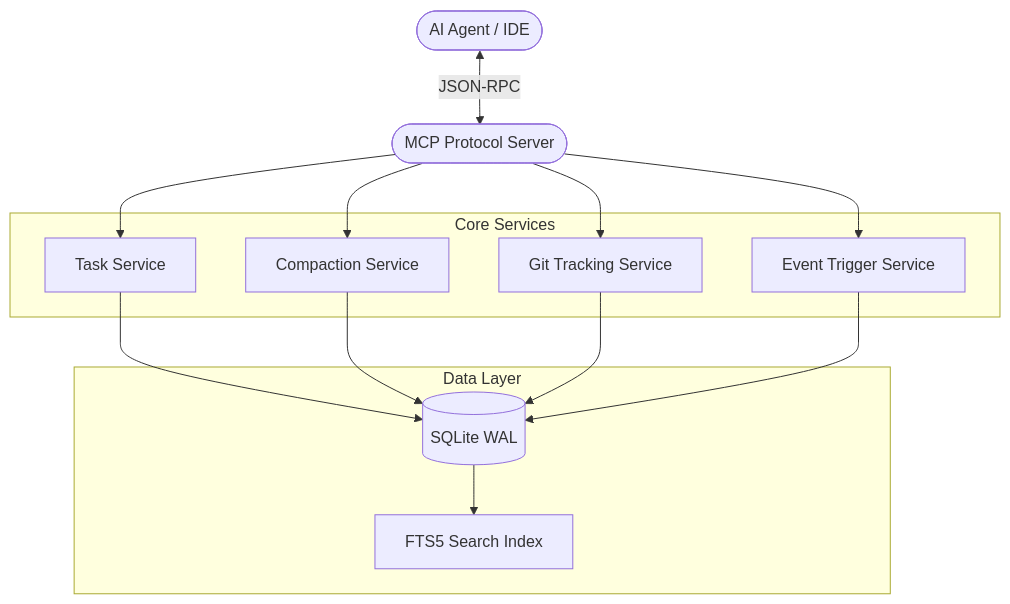
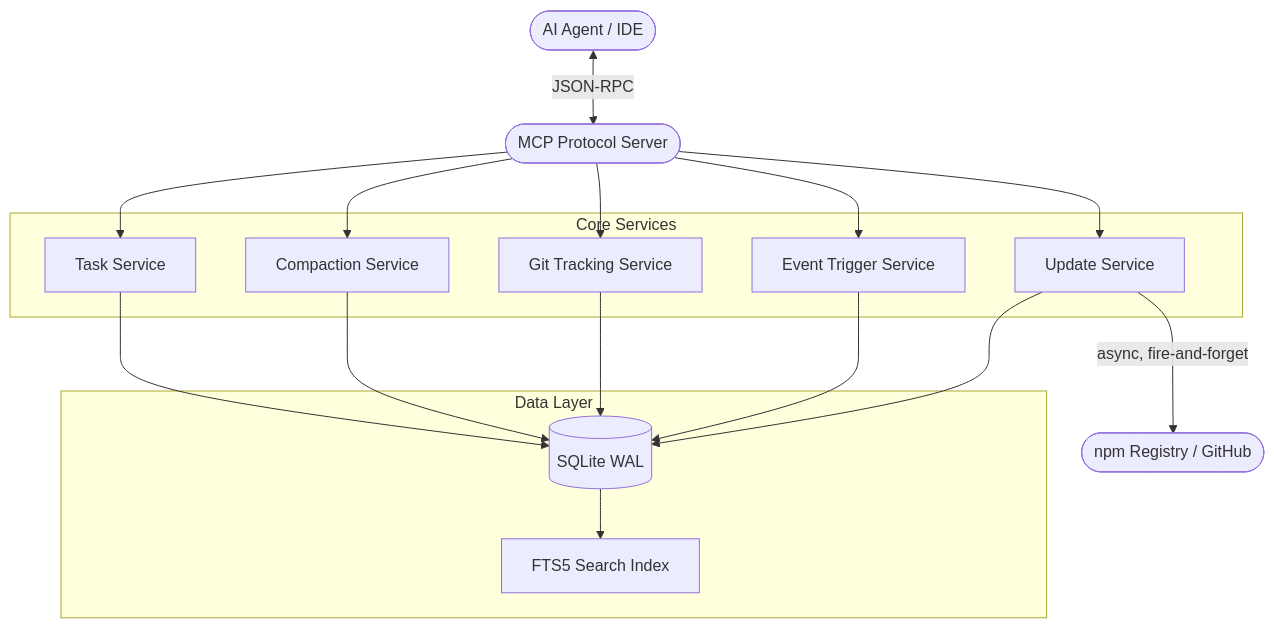
Before and after one commit to keggan-std/Engram: the diagram in README.md, drawn with Mermaid. The commit also changed other lines of this file and 12 other files, not shown here.

````diff
--- a/README.md
+++ b/README.md
@@ -260,22 +264,26 @@
 ```mermaid
 graph TB
     AI([AI Agent / IDE])
     MCP([MCP Protocol Server])
-    
+    NPM([npm Registry / GitHub])
+
     subgraph Core Services
         TS[Task Service]
         CS[Compaction Service]
         GS[Git Tracking Service]
         ES[Event Trigger Service]
+        US[Update Service]
     end
-    
+
     subgraph Data Layer
         DB[(SQLite WAL)]
         FTS[FTS5 Search Index]
     end
-    
+
     AI <-->|JSON-RPC| MCP
-    MCP --> TS & CS & GS & ES
+    MCP --> TS & CS & GS & ES & US
     TS & CS & GS & ES --> DB
+    US -->|async, fire-and-forget| NPM
+    US --> DB
     DB --> FTS
 ```
````
